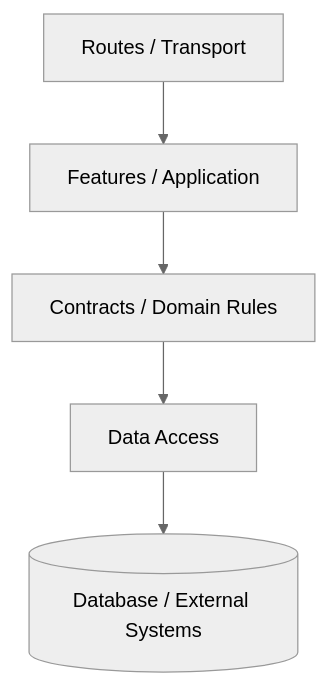
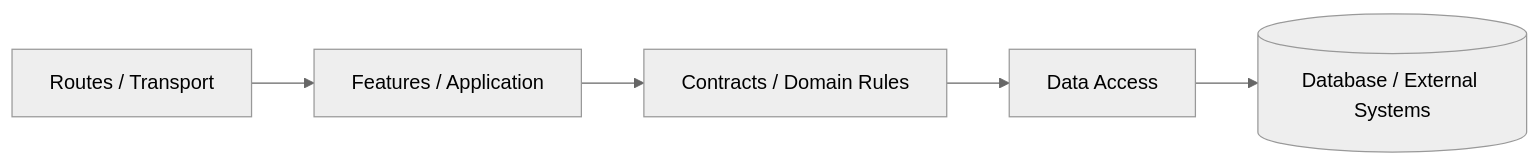
One commit to KOUSHIKG04/scalable-architecture-skill changed the third of 3 diagrams in README.md. Above: the diagram before and after it, drawn with Mermaid (neutral theme). The commit also changed other lines of this file and 2 other files, not shown here.

Commit message:
feat: release scalable architecture skill v1.0.2

````diff
--- a/README.md
+++ b/README.md
@@ -273,7 +234,7 @@
 ```mermaid
-flowchart TD
+flowchart LR
     ROUTES["Routes / Transport"] --> FEATURES["Features / Application"]
     FEATURES --> CONTRACTS["Contracts / Domain Rules"]
     CONTRACTS --> DATA["Data Access"]
     DATA --> DB[("Database / External Systems")]
 ```
````
